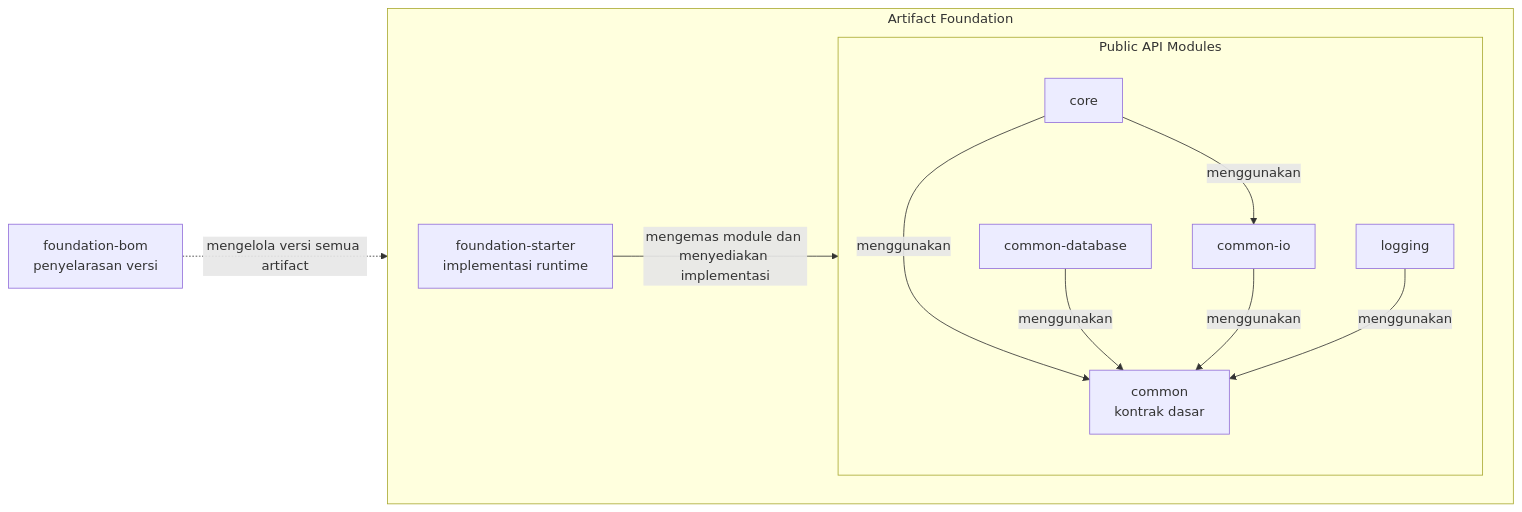
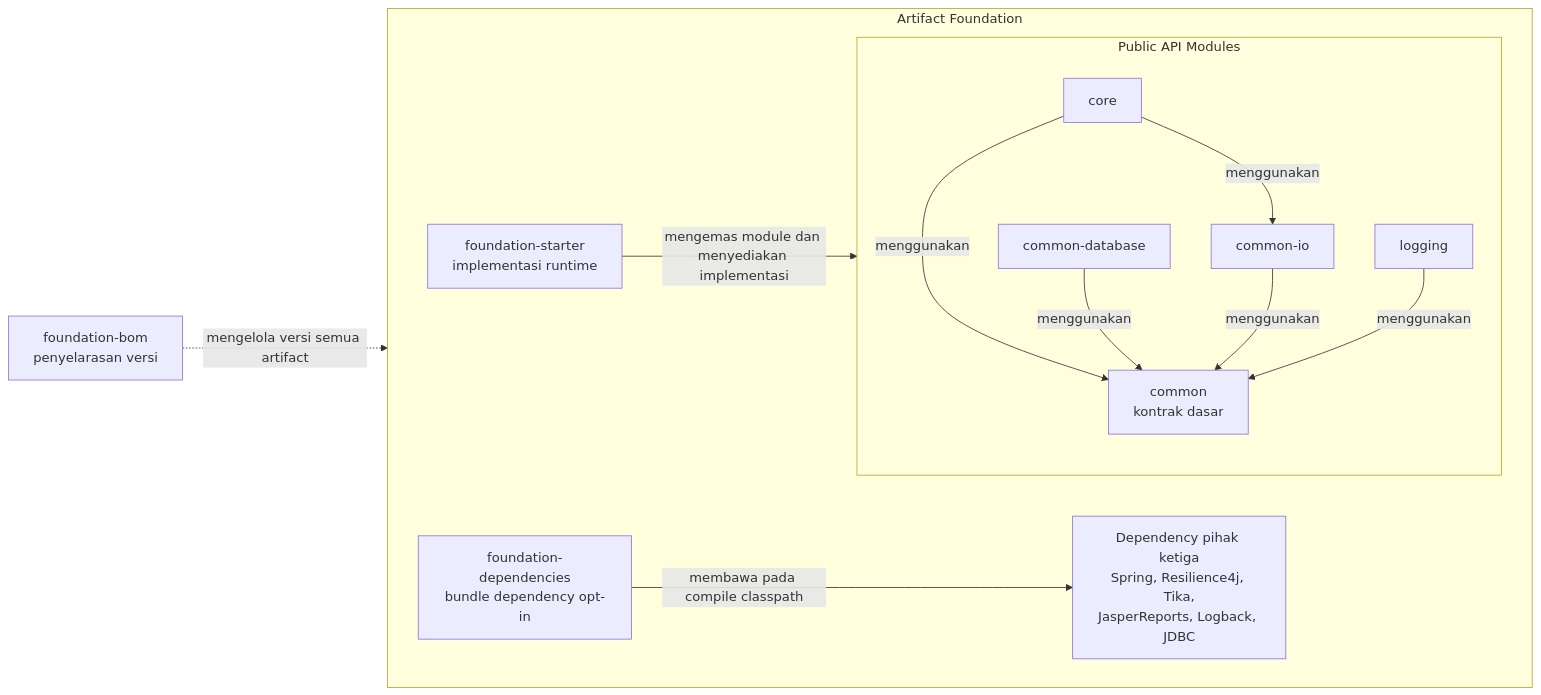
One commit to ReygaFitra/reyga-starter-foundation changed the diagram in Readme.md. Above: the diagram before and after it, drawn with Mermaid. The commit also changed other lines of this file and 6 other files, not shown here.

````diff
--- a/Readme.md
+++ b/Readme.md
@@ -312,29 +346,32 @@
 ```mermaid
 flowchart LR
     BOM["foundation-bom<br/>penyelarasan versi"]
+    THIRD_PARTY["Dependency pihak ketiga<br/>Spring, Resilience4j, Tika,<br/>JasperReports, Logback, JDBC"]
 
     subgraph ARTIFACTS["Artifact Foundation"]
         direction LR
 
         STARTER["foundation-starter<br/>implementasi runtime"]
+        DEPENDENCIES["foundation-dependencies<br/>bundle dependency opt-in"]
 
         subgraph API["Public API Modules"]
             direction TB
             CORE["core"]
             DATABASE["common-database"]
             IO["common-io"]
             LOGGING["logging"]
             COMMON["common<br/>kontrak dasar"]
 
             CORE -->|menggunakan| IO
             CORE -->|menggunakan| COMMON
             DATABASE -->|menggunakan| COMMON
             IO -->|menggunakan| COMMON
             LOGGING -->|menggunakan| COMMON
         end
 
         STARTER -->|mengemas module dan menyediakan implementasi| API
+        DEPENDENCIES -->|membawa pada compile classpath| THIRD_PARTY
     end
 
     BOM -.->|mengelola versi semua artifact| ARTIFACTS
 ```
````
